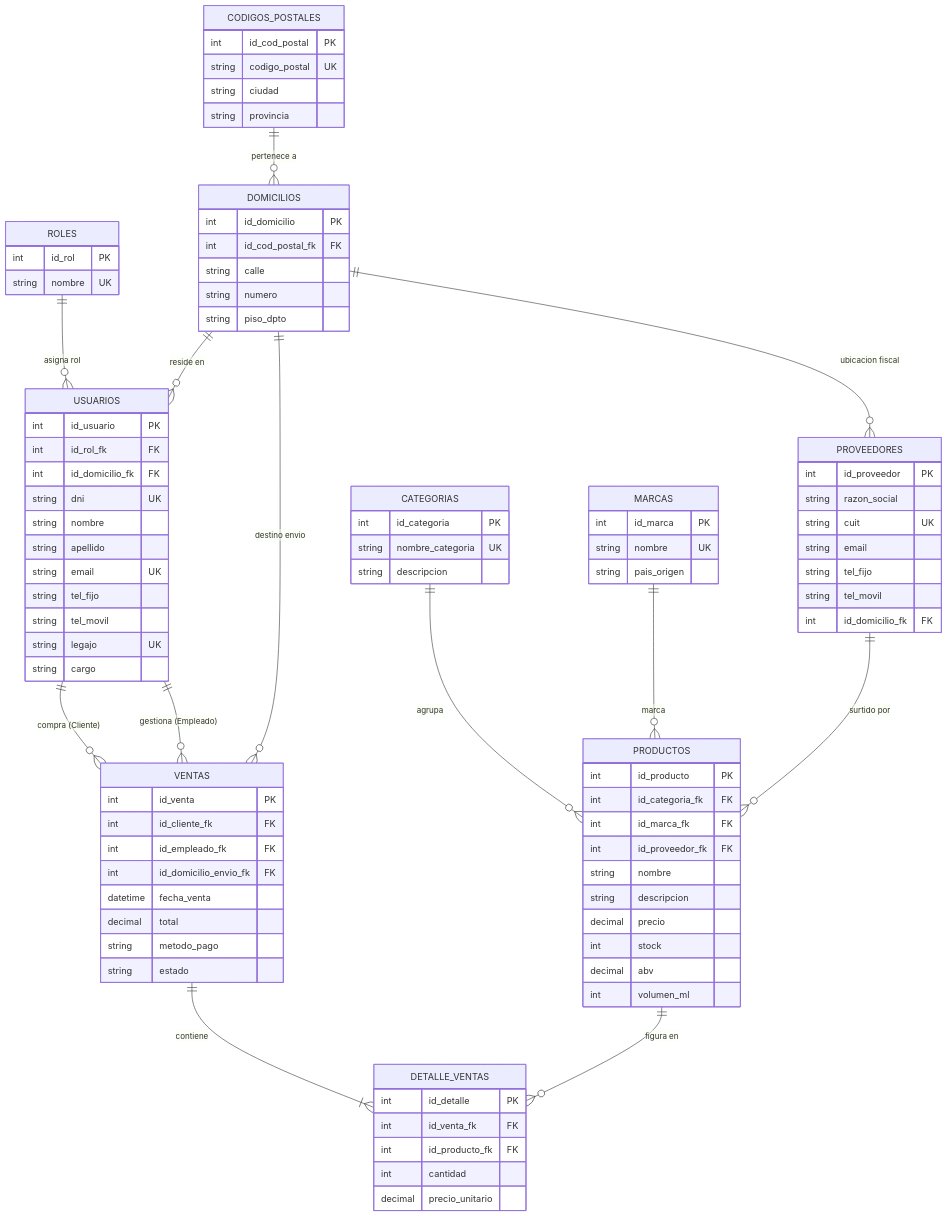
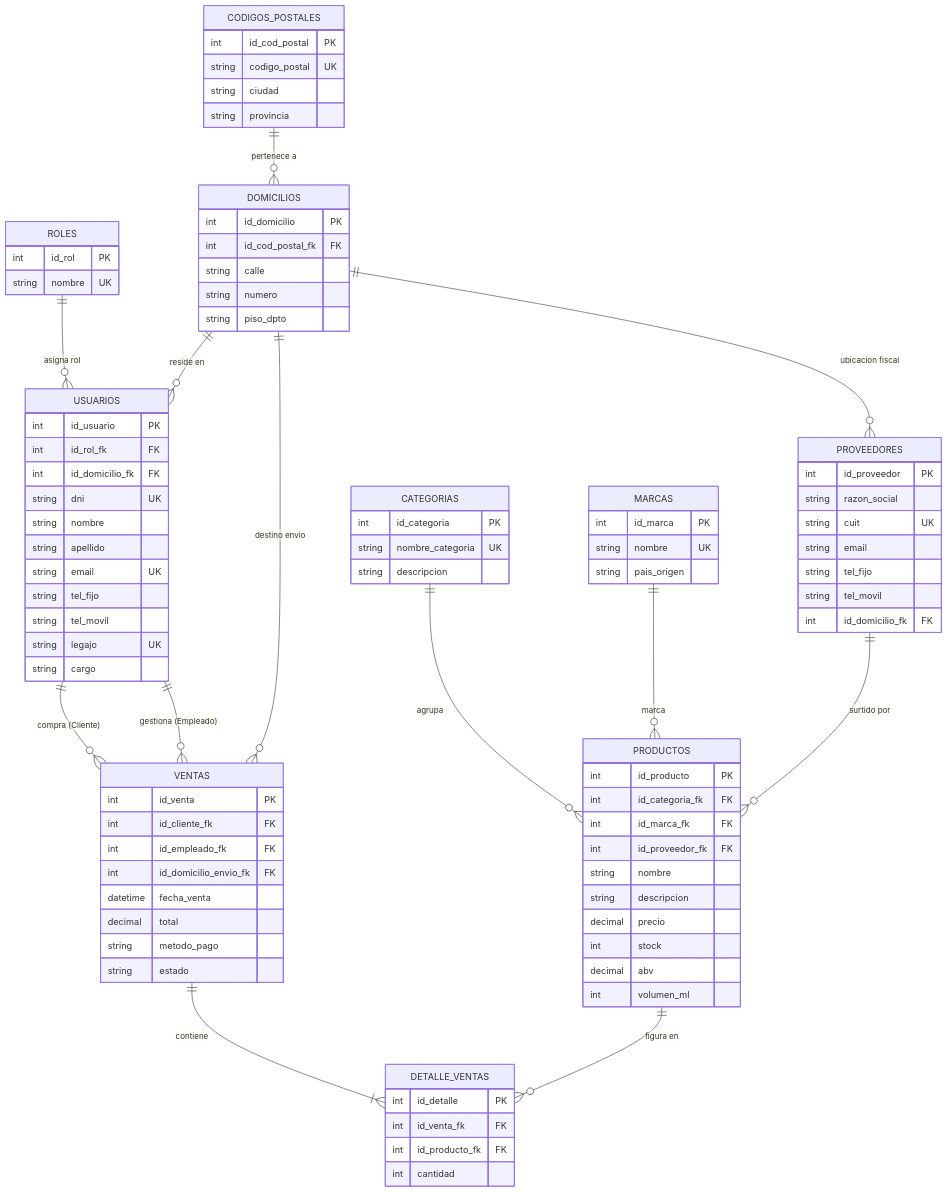
One commit to caudex-nox/moonshine-ballad changed the diagram in docs/especificacion.md. Above: the diagram before and after it, drawn with Mermaid. The commit also changed other lines of this file, not shown here.

Commit message:
fix: quitado total de detalle_venta

````diff
--- a/docs/especificacion.md
+++ b/docs/especificacion.md
@@ -108,6 +108,5 @@
         int id_venta_fk FK
         int id_producto_fk FK
         int cantidad
-        decimal precio_unitario
     }
 ```
````
